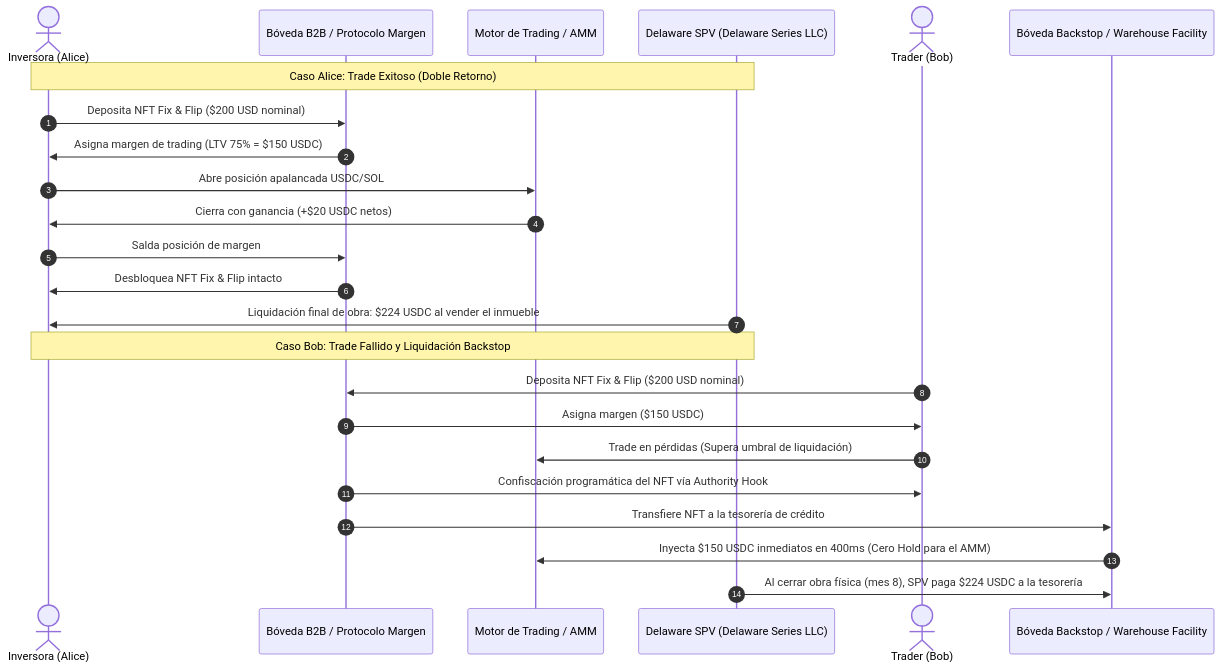
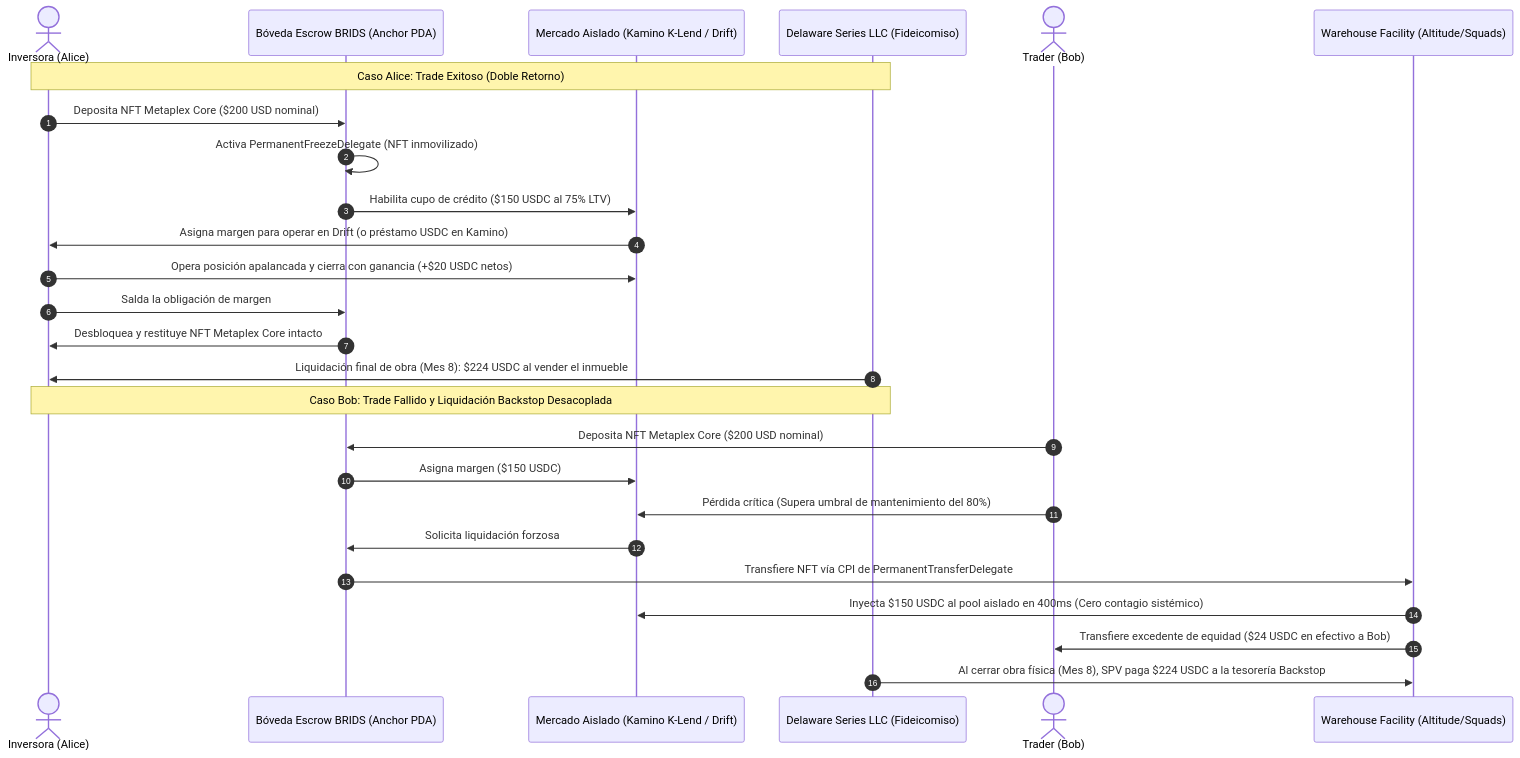
One commit to jeisonsosablockdev/BRIDS-KNOWLEDGE-FORT changed the first of 3 diagrams in BRIDS-Brain/01 Negocio/02 Producto & Ingenieria/rfcs-tecnicos/epic-016-rwa-yield-bearing-margin-collateral.md. Above: the diagram before and after it, drawn with Mermaid. The commit also changed other lines of this file and 1 other file, not shown here.

Commit message:
docs(rfc): update epic-016 with Metaplex Core CPI and Colosseum stack architecture (v1.3)

````diff
--- a/BRIDS-Brain/01 Negocio/02 Producto & Ingenieria/rfcs-tecnicos/epic-016-rwa-yield-bearing-margin-collateral.md
+++ b/BRIDS-Brain/01 Negocio/02 Producto & Ingenieria/rfcs-tecnicos/epic-016-rwa-yield-bearing-margin-collateral.md
@@ -59,28 +70,30 @@
 ```mermaid
 sequenceDiagram
     autonumber
     actor Alice as Inversora (Alice)
-    participant Vault as Bóveda B2B / Protocolo Margen
-    participant AMM as Motor de Trading / AMM
-    participant SPV as Delaware SPV (Delaware Series LLC)
+    participant Vault as Bóveda Escrow BRIDS (Anchor PDA)
+    participant Market as Mercado Aislado (Kamino K-Lend / Drift)
+    participant SPV as Delaware Series LLC (Fideicomiso)
 
     Note over Alice,SPV: Caso Alice: Trade Exitoso (Doble Retorno)
-    Alice->>Vault: Deposita NFT Fix & Flip ($200 USD nominal)
-    Vault->>Alice: Asigna margen de trading (LTV 75% = $150 USDC)
-    Alice->>AMM: Abre posición apalancada USDC/SOL
-    AMM->>Alice: Cierra con ganancia (+$20 USDC netos)
-    Alice->>Vault: Salda posición de margen
-    Vault->>Alice: Desbloquea NFT Fix & Flip intacto
-    SPV->>Alice: Liquidación final de obra: $224 USDC al vender el inmueble
+    Alice->>Vault: Deposita NFT Metaplex Core ($200 USD nominal)
+    Vault->>Vault: Activa PermanentFreezeDelegate (NFT inmovilizado)
+    Vault->>Market: Habilita cupo de crédito ($150 USDC al 75% LTV)
+    Market->>Alice: Asigna margen para operar en Drift (o préstamo USDC en Kamino)
+    Alice->>Market: Opera posición apalancada y cierra con ganancia (+$20 USDC netos)
+    Alice->>Vault: Salda la obligación de margen
+    Vault->>Alice: Desbloquea y restituye NFT Metaplex Core intacto
+    SPV->>Alice: Liquidación final de obra (Mes 8): $224 USDC al vender el inmueble
 
-    Note over Alice,SPV: Caso Bob: Trade Fallido y Liquidación Backstop
+    Note over Alice,SPV: Caso Bob: Trade Fallido y Liquidación Backstop Desacoplada
     actor Bob as Trader (Bob)
-    Bob->>Vault: Deposita NFT Fix & Flip ($200 USD nominal)
-    Vault->>Bob: Asigna margen ($150 USDC)
-    Bob->>AMM: Trade en pérdidas (Supera umbral de liquidación)
-    Vault->>Bob: Confiscación programática del NFT vía Authority Hook
-    participant BRIDS as Bóveda Backstop / Warehouse Facility
-    Vault->>BRIDS: Transfiere NFT a la tesorería de crédito
-    BRIDS->>AMM: Inyecta $150 USDC inmediatos en 400ms (Cero Hold para el AMM)
-    SPV->>BRIDS: Al cerrar obra física (mes 8), SPV paga $224 USDC a la tesorería
+    participant Backstop as Warehouse Facility (Altitude/Squads)
+    Bob->>Vault: Deposita NFT Metaplex Core ($200 USD nominal)
+    Vault->>Market: Asigna margen ($150 USDC)
+    Bob->>Market: Pérdida crítica (Supera umbral de mantenimiento del 80%)
+    Market->>Vault: Solicita liquidación forzosa
+    Vault->>Backstop: Transfiere NFT vía CPI de PermanentTransferDelegate
+    Backstop->>Market: Inyecta $150 USDC al pool aislado en 400ms (Cero contagio sistémico)
+    Backstop->>Bob: Transfiere excedente de equidad ($24 USDC en efectivo a Bob)
+    SPV->>Backstop: Al cerrar obra física (Mes 8), SPV paga $224 USDC a la tesorería Backstop
 ```
````
